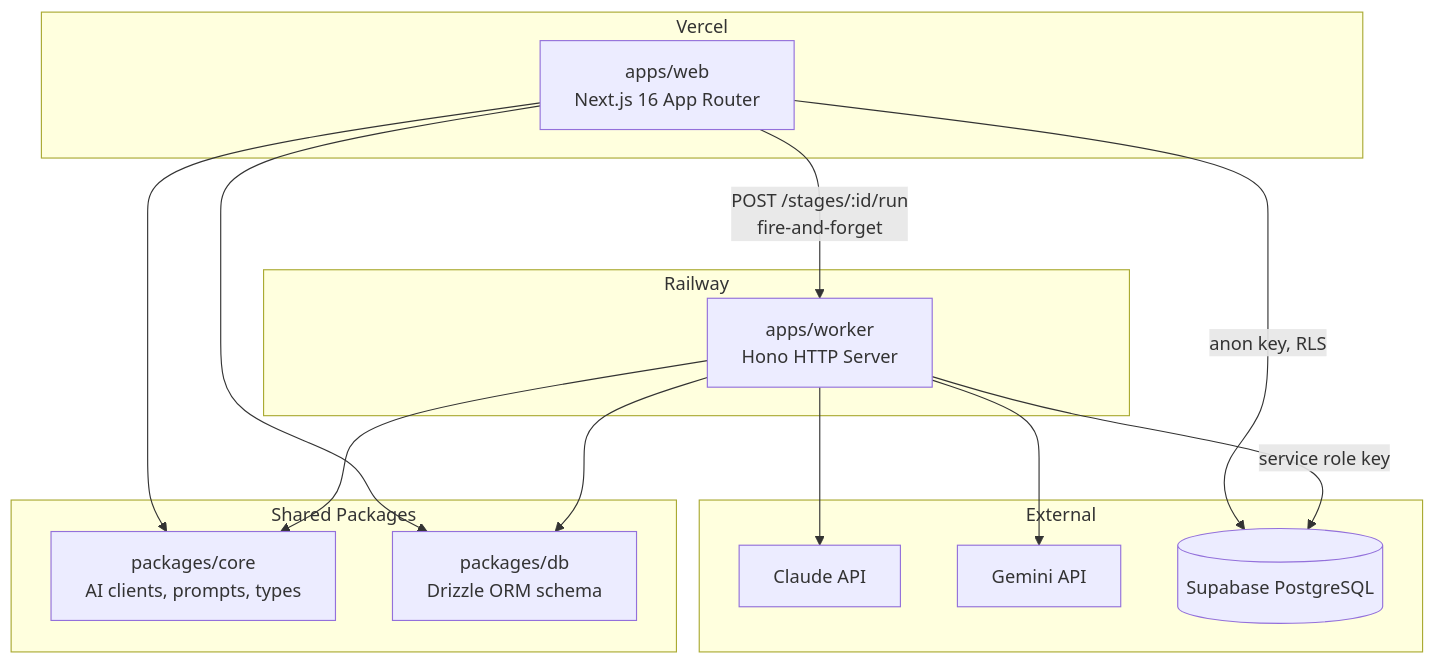
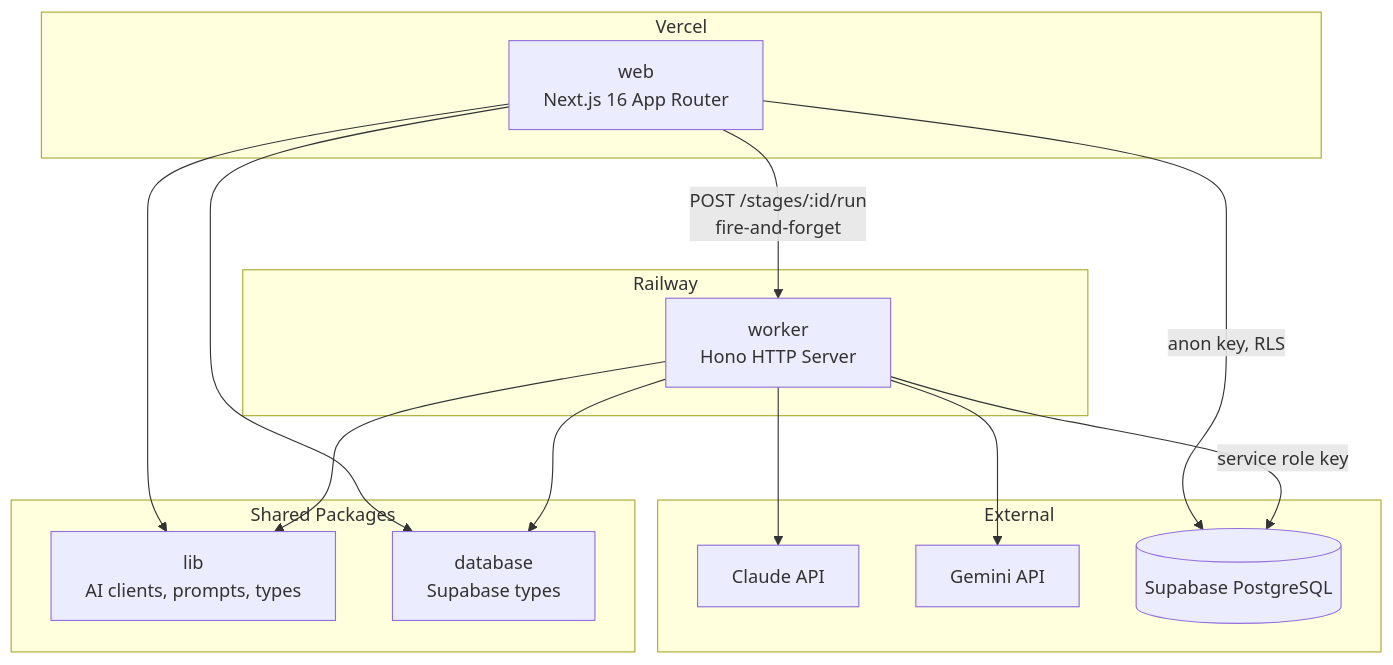
One commit to carbonsynctech/clermont-ai-portal changed the second of 3 diagrams in docs/architecture.md. Above: the diagram before and after it, drawn with Mermaid. The commit also changed other lines of this file and 289 other files, not shown here.

````diff
--- a/docs/architecture.md
+++ b/docs/architecture.md
@@ -27,31 +27,31 @@
 ```mermaid
 graph TD
     subgraph Vercel
-        Web[apps/web<br>Next.js 16 App Router]
+        Web[web<br>Next.js 16 App Router]
     end
 
     subgraph Railway
-        Worker[apps/worker<br>Hono HTTP Server]
+        Worker[worker<br>Hono HTTP Server]
     end
 
     subgraph Shared Packages
-        Core[packages/core<br>AI clients, prompts, types]
-        DB[packages/db<br>Drizzle ORM schema]
+        Core[lib<br>AI clients, prompts, types]
+        DB[database<br>Supabase types]
     end
 
     subgraph External
         Claude[Claude API]
         Gemini[Gemini API]
         Supabase[(Supabase PostgreSQL)]
     end
 
     Web -->|POST /stages/:id/run<br>fire-and-forget| Worker
     Web -->|anon key, RLS| Supabase
     Worker -->|service role key| Supabase
     Worker --> Claude
     Worker --> Gemini
     Web --> Core
     Web --> DB
     Worker --> Core
     Worker --> DB
 ```
````
